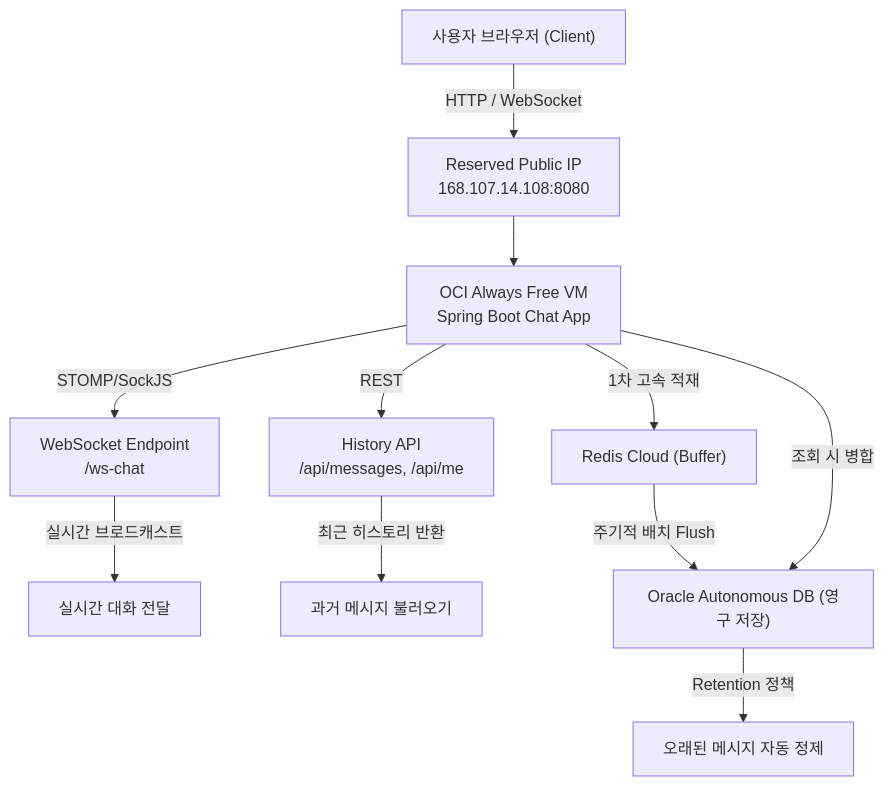
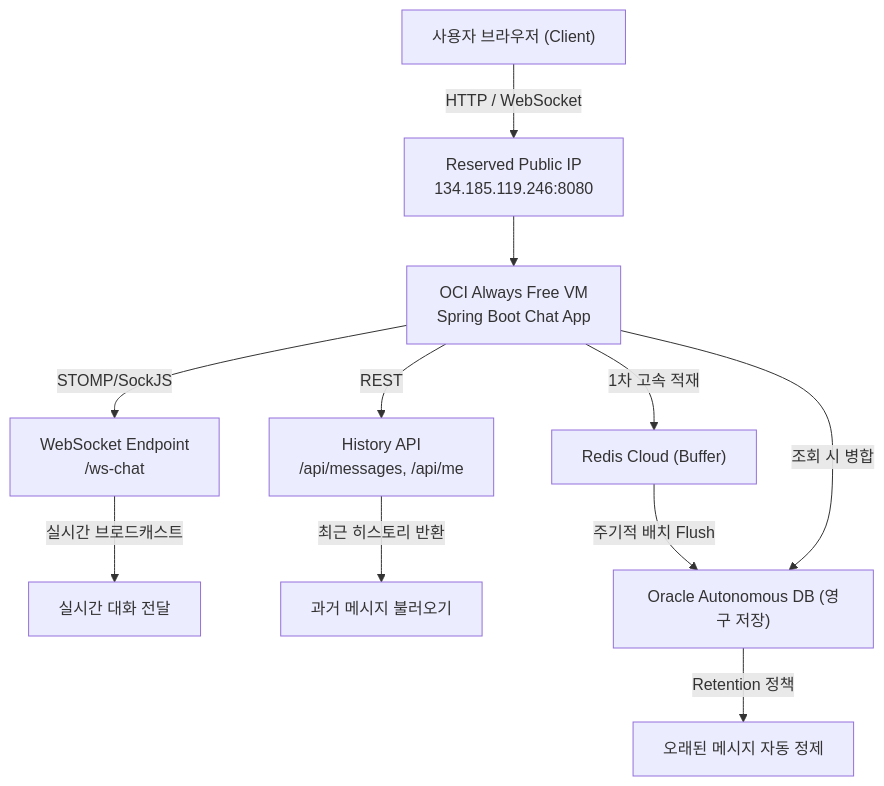
Before and after one commit to minwoo19930301/spring-ip-chat: the first of 2 diagrams in README.md, drawn with Mermaid. The commit also changed other lines of this file and 1 other file, not shown here.

````diff
--- a/README.md
+++ b/README.md
@@ -24,17 +24,17 @@
 ```mermaid
 flowchart TB
-    User["사용자 브라우저 (Client)"] -->|"HTTP / WebSocket"| Public["Reserved Public IP<br/>168.107.14.108:8080"]
+    User["사용자 브라우저 (Client)"] -->|"HTTP / WebSocket"| Public["Reserved Public IP<br/>134.185.119.246:8080"]
     Public --> VM["OCI Always Free VM<br/>Spring Boot Chat App"]
 
     VM -->|"STOMP/SockJS"| WS["WebSocket Endpoint<br/>/ws-chat"]
     VM -->|"REST"| API["History API<br/>/api/messages, /api/me"]
 
     WS -->|"실시간 브로드캐스트"| Live["실시간 대화 전달"]
     API -->|"최근 히스토리 반환"| History["과거 메시지 불러오기"]
 
     VM -->|"1차 고속 적재"| Redis["Redis Cloud (Buffer)"]
     Redis -->|"주기적 배치 Flush"| Oracle["Oracle Autonomous DB (영구 저장)"]
     VM -->|"조회 시 병합"| Oracle
 
     Oracle -->|"Retention 정책"| Cleanup["오래된 메시지 자동 정제"]
 ```
````
